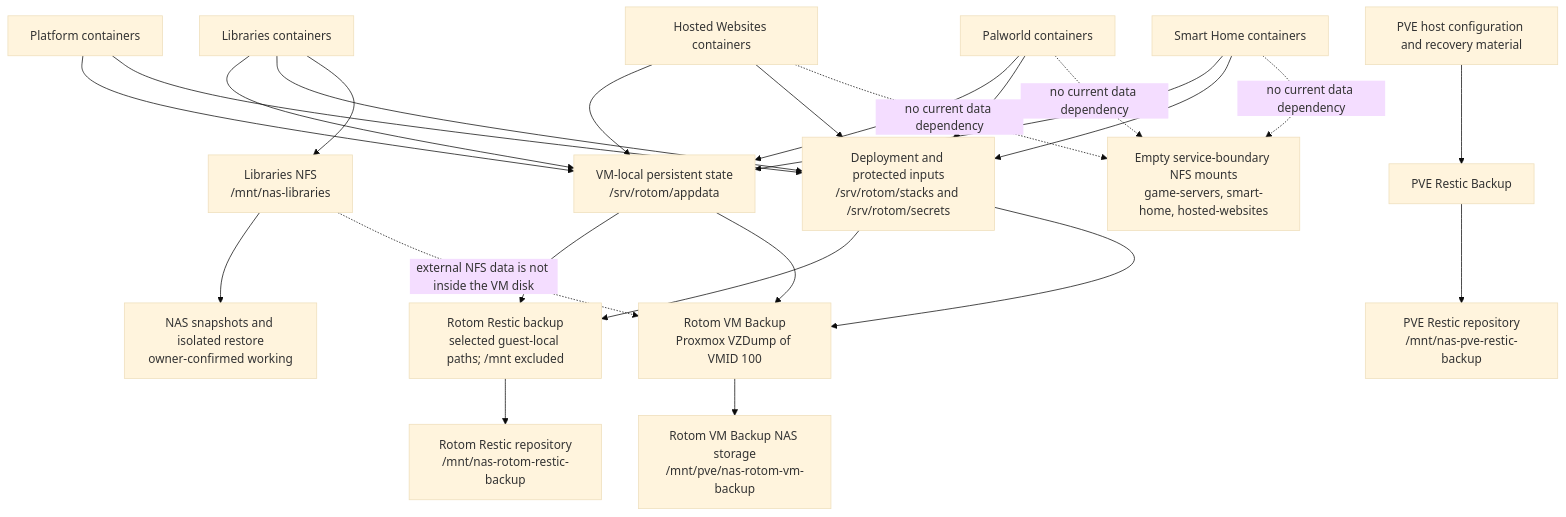
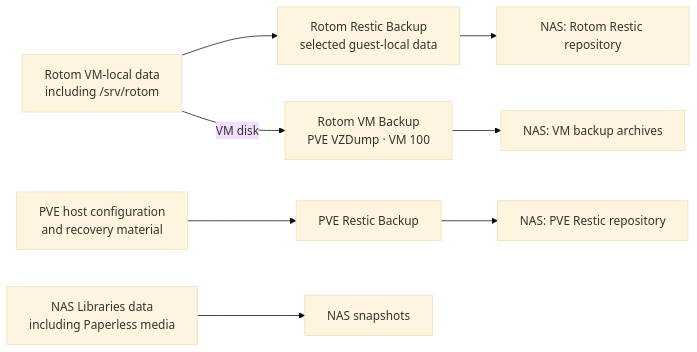
The second of 2 diagrams in architecture/Rotom-Architecture-System.md (jaredwines/rotom-support), drawn with Mermaid (base theme) before and after one commit. The commit also changed other lines of this file and 1 other file, not shown here.

Commit message:
Improve architecture system overview

````diff
--- a/architecture/Rotom-Architecture-System.md
+++ b/architecture/Rotom-Architecture-System.md
@@ -243,45 +250,17 @@
 ```mermaid
-flowchart TB
-    Platform["Platform containers"]
-    Libraries["Libraries containers"]
-    Websites["Hosted Websites containers"]
-    Games["Palworld containers"]
-    Smart["Smart Home containers"]
-    Local["VM-local persistent state<br/>/srv/rotom/appdata"]
-    Definitions["Deployment and protected inputs<br/>/srv/rotom/stacks and /srv/rotom/secrets"]
-    LibNAS["Libraries NFS<br/>/mnt/nas-libraries"]
-    EmptyNAS["Empty service-boundary NFS mounts<br/>game-servers, smart-home, hosted-websites"]
-    RotomRestic["Rotom Restic backup<br/>selected guest-local paths; /mnt excluded"]
-    RotomRepo["Rotom Restic repository<br/>/mnt/nas-rotom-restic-backup"]
-    NASSnap["NAS snapshots and isolated restore<br/>owner-confirmed working"]
-    VMBackup["Rotom VM Backup<br/>Proxmox VZDump of VMID 100"]
-    VMRepo["Rotom VM Backup NAS storage<br/>/mnt/pve/nas-rotom-vm-backup"]
-    PVEState["PVE host configuration and recovery material"]
-    PVERestic["PVE Restic Backup"]
-    PVERepo["PVE Restic repository<br/>/mnt/nas-pve-restic-backup"]
-
-    Platform --> Local
-    Libraries --> Local
-    Websites --> Local
-    Games --> Local
-    Smart --> Local
-    Platform --> Definitions
-    Libraries --> Definitions
-    Websites --> Definitions
-    Games --> Definitions
-    Smart --> Definitions
-    Libraries --> LibNAS
-    Websites -. no current data dependency .-> EmptyNAS
-    Games -. no current data dependency .-> EmptyNAS
-    Smart -. no current data dependency .-> EmptyNAS
-    Local --> RotomRestic
-    Definitions --> RotomRestic
-    RotomRestic --> RotomRepo
-    LibNAS --> NASSnap
-    Local --> VMBackup
-    Definitions --> VMBackup
-    LibNAS -. external NFS data is not inside the VM disk .-> VMBackup
-    VMBackup --> VMRepo
-    PVEState --> PVERestic
-    PVERestic --> PVERepo
+flowchart LR
+    LOCAL["Rotom VM-local data<br/>including /srv/rotom"]
+    LIB["NAS Libraries data<br/>including Paperless media"]
+    PVEHOST["PVE host configuration<br/>and recovery material"]
+    RESTIC["Rotom Restic Backup<br/>selected guest-local data"]
+    VM["Rotom VM Backup<br/>PVE VZDump · VM 100"]
+    PVER["PVE Restic Backup"]
+    SNAP["NAS snapshots"]
+    RREPO["NAS: Rotom Restic repository"]
+    VREPO["NAS: VM backup archives"]
+    PREPO["NAS: PVE Restic repository"]
+    LOCAL --> RESTIC --> RREPO
+    LOCAL -->|"VM disk"| VM --> VREPO
+    PVEHOST --> PVER --> PREPO
+    LIB --> SNAP
 ```
````
